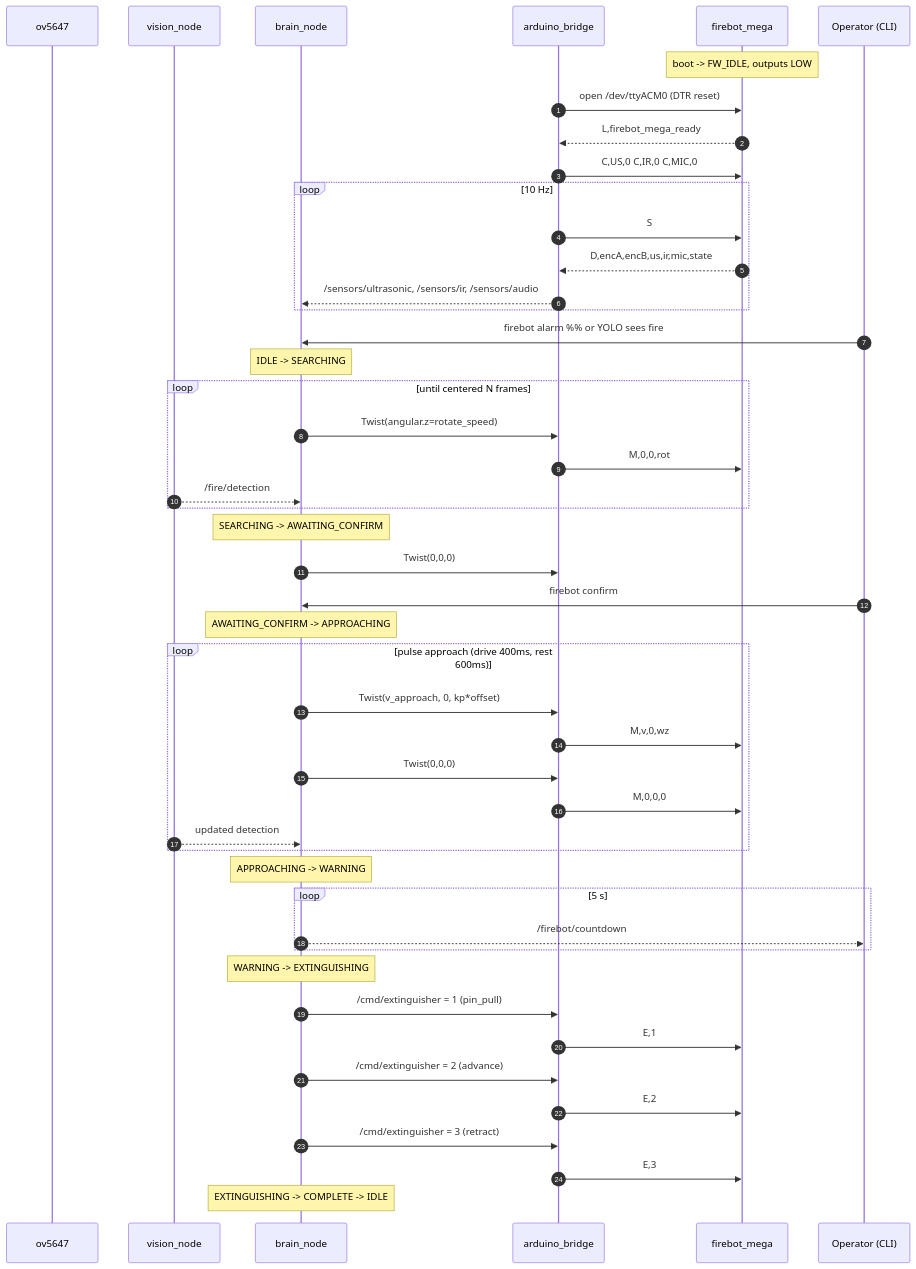
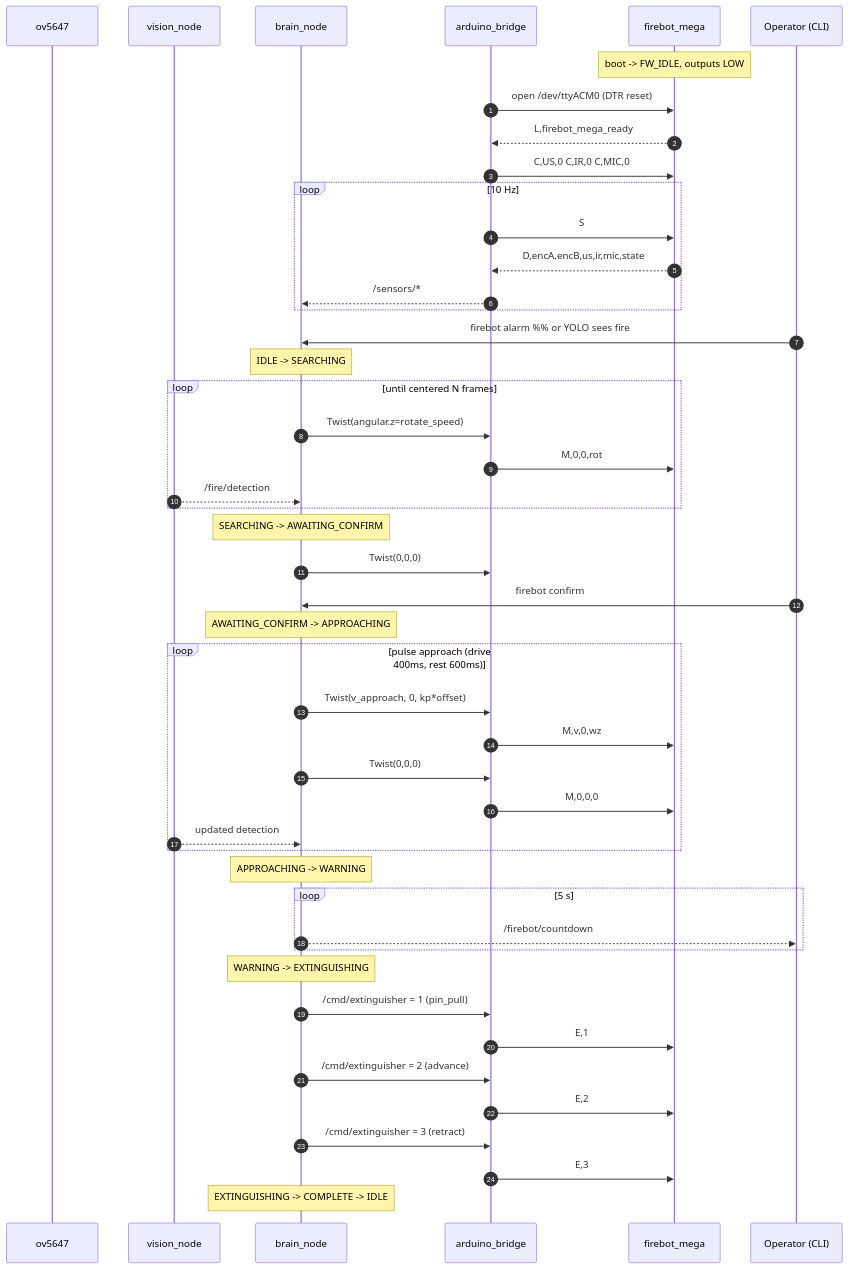
The diagram in docs/INTEGRATION.md (evansfsu/FireBot696), drawn with Mermaid before and after one commit. The commit also changed other lines of this file and 7 other files, not shown here.

````diff
--- a/docs/INTEGRATION.md
+++ b/docs/INTEGRATION.md
@@ -96,54 +60,54 @@
 ```mermaid
 sequenceDiagram
     autonumber
     participant Cam as ov5647
     participant V  as vision_node
     participant B  as brain_node
     participant Br as arduino_bridge
     participant M  as firebot_mega
     participant Op as Operator (CLI)
 
     Note over M: boot -> FW_IDLE, outputs LOW
     Br->>M: open /dev/ttyACM0 (DTR reset)
     M-->>Br: L,firebot_mega_ready
     Br->>M: C,US,0  C,IR,0  C,MIC,0
 
     loop 10 Hz
         Br->>M: S
         M-->>Br: D,encA,encB,us,ir,mic,state
-        Br-->>B: /sensors/ultrasonic, /sensors/ir, /sensors/audio
+        Br-->>B: /sensors/*
     end
 
-    Op->>B: firebot alarm           %% or YOLO sees fire
+    Op->>B: firebot alarm       %% or YOLO sees fire
     Note over B: IDLE -> SEARCHING
     loop until centered N frames
         B->>Br: Twist(angular.z=rotate_speed)
         Br->>M: M,0,0,rot
         V-->>B: /fire/detection
     end
     Note over B: SEARCHING -> AWAITING_CONFIRM
     B->>Br: Twist(0,0,0)
     Op->>B: firebot confirm
     Note over B: AWAITING_CONFIRM -> APPROACHING
 
     loop pulse approach (drive 400ms, rest 600ms)
         B->>Br: Twist(v_approach, 0, kp*offset)
         Br->>M: M,v,0,wz
         B->>Br: Twist(0,0,0)
         Br->>M: M,0,0,0
         V-->>B: updated detection
     end
 
     Note over B: APPROACHING -> WARNING
     loop 5 s
         B-->>Op: /firebot/countdown
     end
     Note over B: WARNING -> EXTINGUISHING
     B->>Br: /cmd/extinguisher = 1 (pin_pull)
     Br->>M: E,1
     B->>Br: /cmd/extinguisher = 2 (advance)
     Br->>M: E,2
     B->>Br: /cmd/extinguisher = 3 (retract)
     Br->>M: E,3
     Note over B: EXTINGUISHING -> COMPLETE -> IDLE
 ```
````
